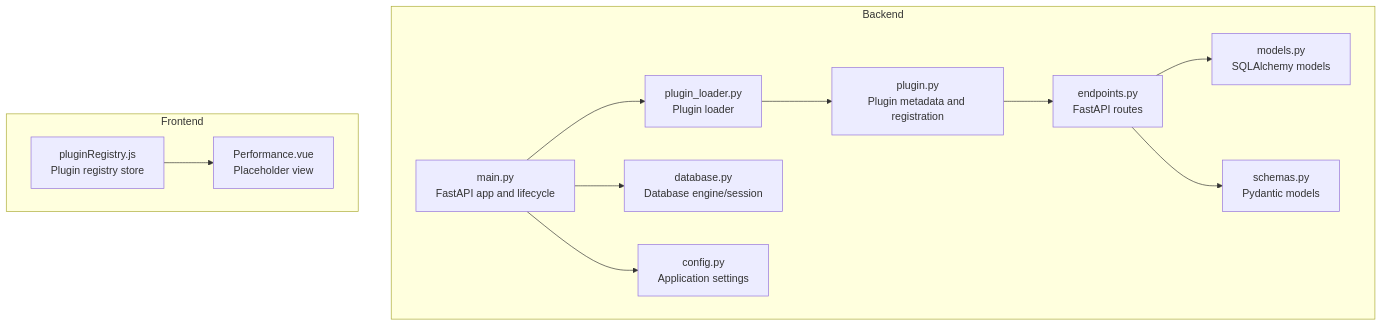
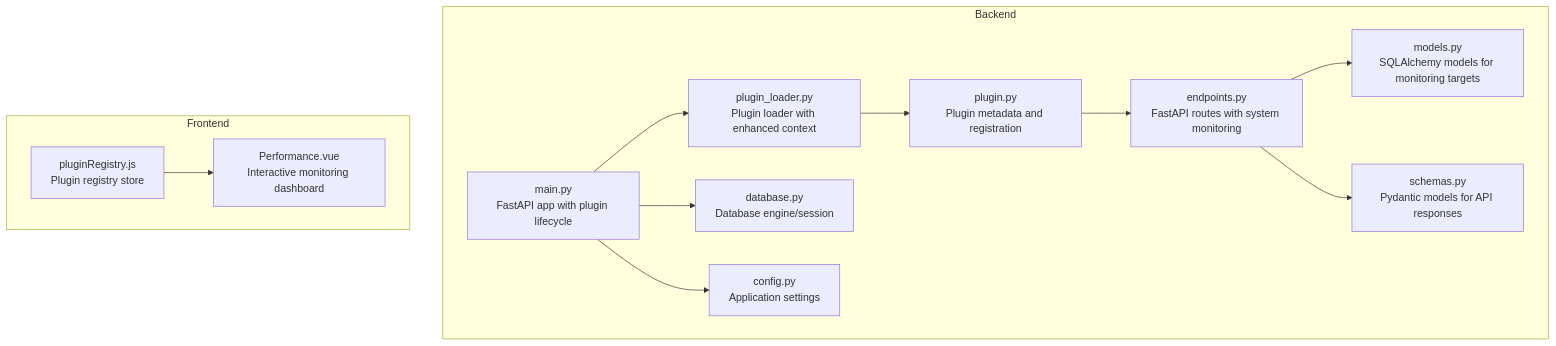
The first of 9 diagrams in .qoder/repowiki/en/content/Built-in Plugins/Performance Plugin.md (Nikita5543/New-SSO-02), drawn with Mermaid before and after one commit. The commit also changed other lines of this file and 7 other files, not shown here.

````diff
--- a/.qoder/repowiki/en/content/Built-in Plugins/Performance Plugin.md
+++ b/.qoder/repowiki/en/content/Built-in Plugins/Performance Plugin.md
@@ -48,25 +59,25 @@
 ```mermaid
 graph TB
 subgraph "Backend"
 A["plugin.py<br/>Plugin metadata and registration"]
-B["models.py<br/>SQLAlchemy models"]
-C["schemas.py<br/>Pydantic models"]
-D["endpoints.py<br/>FastAPI routes"]
-E["plugin_loader.py<br/>Plugin loader"]
+B["models.py<br/>SQLAlchemy models for monitoring targets"]
+C["schemas.py<br/>Pydantic models for API responses"]
+D["endpoints.py<br/>FastAPI routes with system monitoring"]
+E["plugin_loader.py<br/>Plugin loader with enhanced context"]
 F["config.py<br/>Application settings"]
 G["database.py<br/>Database engine/session"]
-H["main.py<br/>FastAPI app and lifecycle"]
+H["main.py<br/>FastAPI app with plugin lifecycle"]
 end
 subgraph "Frontend"
-V["Performance.vue<br/>Placeholder view"]
+V["Performance.vue<br/>Interactive monitoring dashboard"]
 R["pluginRegistry.js<br/>Plugin registry store"]
 end
 H --> E
 E --> A
 A --> D
 D --> B
 D --> C
 H --> G
 H --> F
 R --> V
 ```
````
